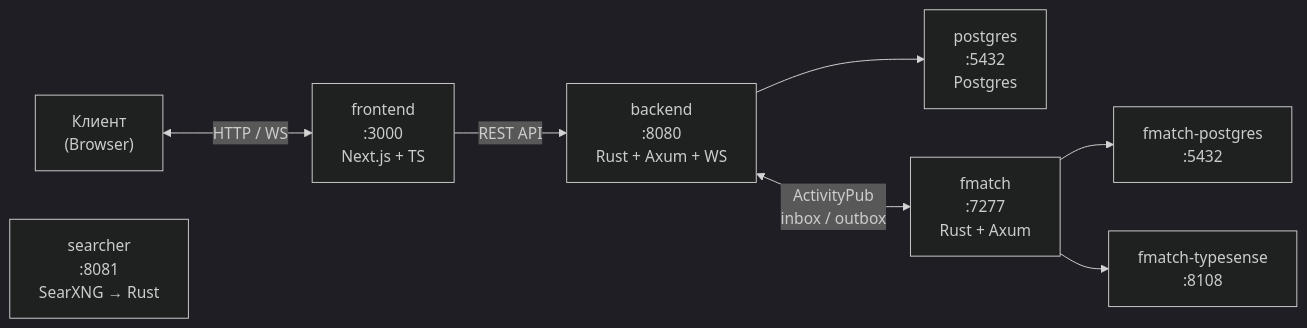
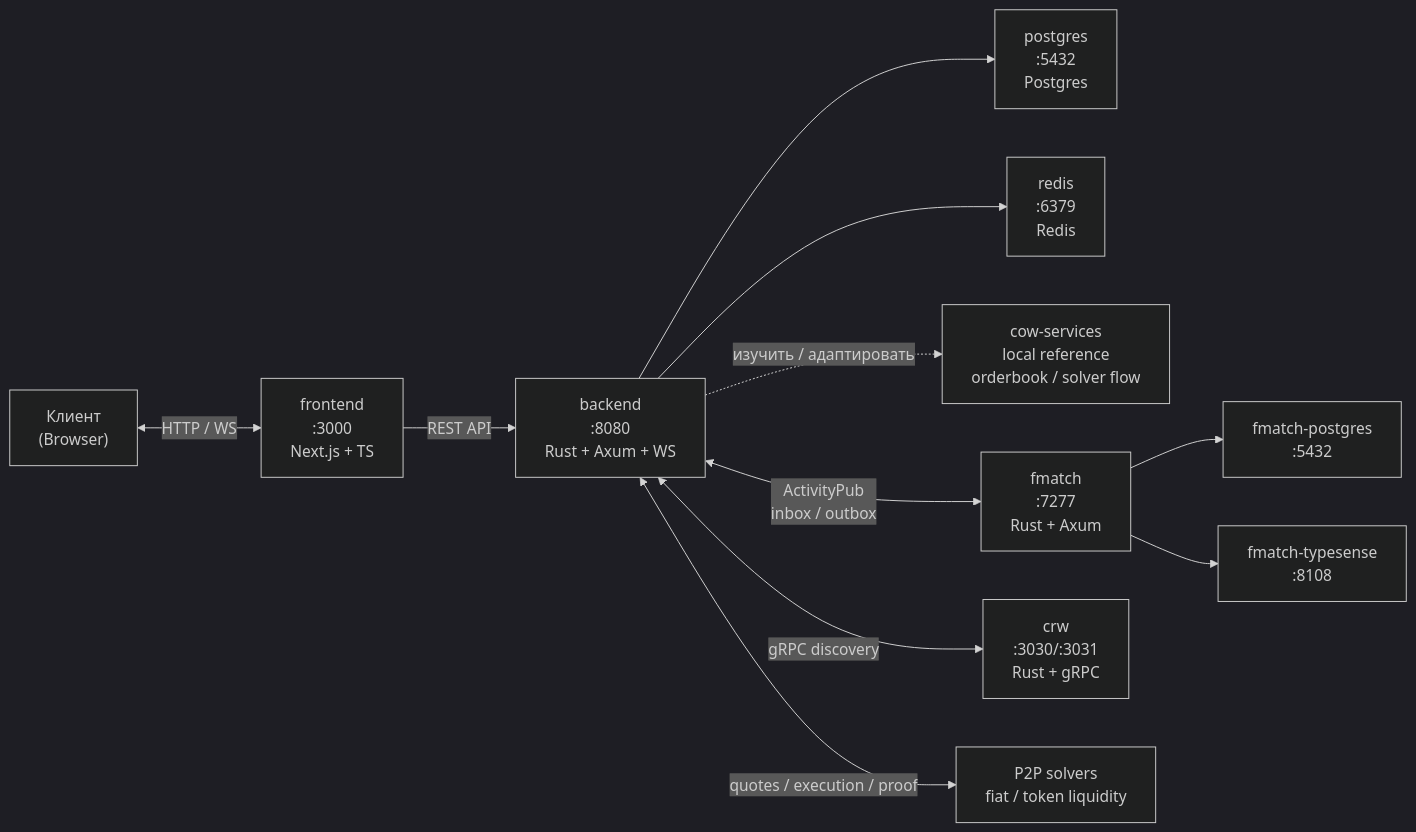
Before and after one commit to Flow3Pay/pay3flow: the first of 2 diagrams in README.md, drawn with Mermaid (dark theme). The commit also changed other lines of this file and 3 other files, not shown here.

Commit message:
docs: pivot roadmap to p2p cow architecture

````diff
--- a/README.md
+++ b/README.md
@@ -24,18 +37,25 @@
 ```mermaid
 graph LR
     client["Клиент<br/>(Browser)"]
     frontend["frontend<br/>:3000<br/>Next.js + TS"]
     backend["backend<br/>:8080<br/>Rust + Axum + WS"]
     postgres["postgres<br/>:5432<br/>Postgres"]
+    redis["redis<br/>:6379<br/>Redis"]
+    cow["cow-services<br/>local reference<br/>orderbook / solver flow"]
     fmatch["fmatch<br/>:7277<br/>Rust + Axum"]
     fmatch_db["fmatch-postgres<br/>:5432"]
     typesense["fmatch-typesense<br/>:8108"]
-    searcher["searcher<br/>:8081<br/>SearXNG → Rust"]
+    crw["crw<br/>:3030/:3031<br/>Rust + gRPC"]
+    p2p["P2P solvers<br/>fiat / token liquidity"]
 
     client <-->|"HTTP / WS"| frontend
     frontend -->|"REST API"| backend
     backend --> postgres
+    backend --> redis
+    backend -. изучить / адаптировать .-> cow
     backend <-->|"ActivityPub<br/>inbox / outbox"| fmatch
+    backend <-->|"gRPC discovery"| crw
+    backend <-->|"quotes / execution / proof"| p2p
     fmatch --> fmatch_db
     fmatch --> typesense
 ```
````
